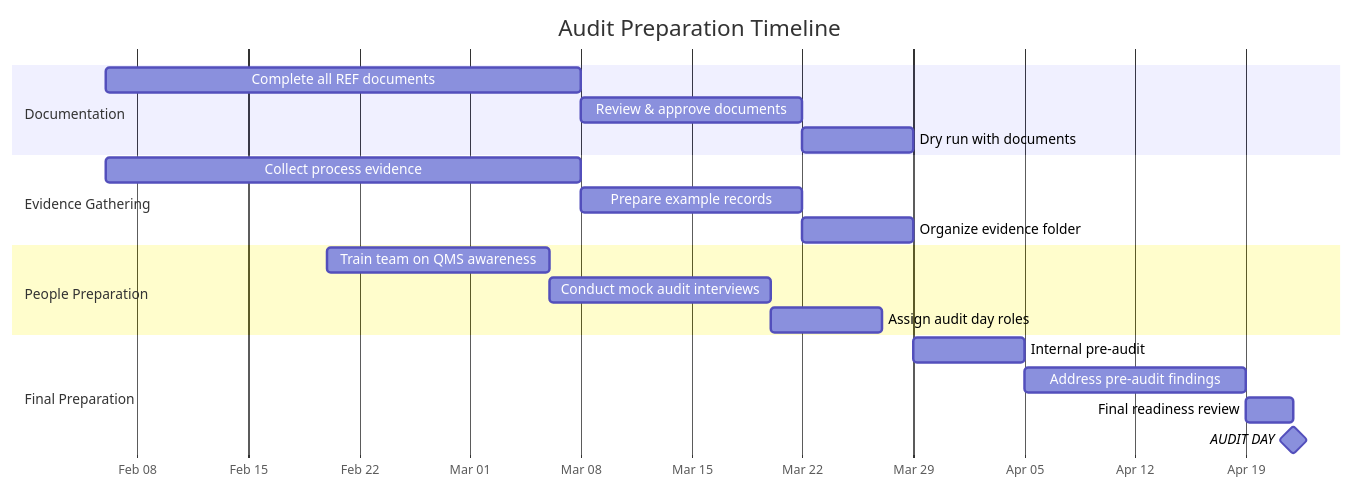
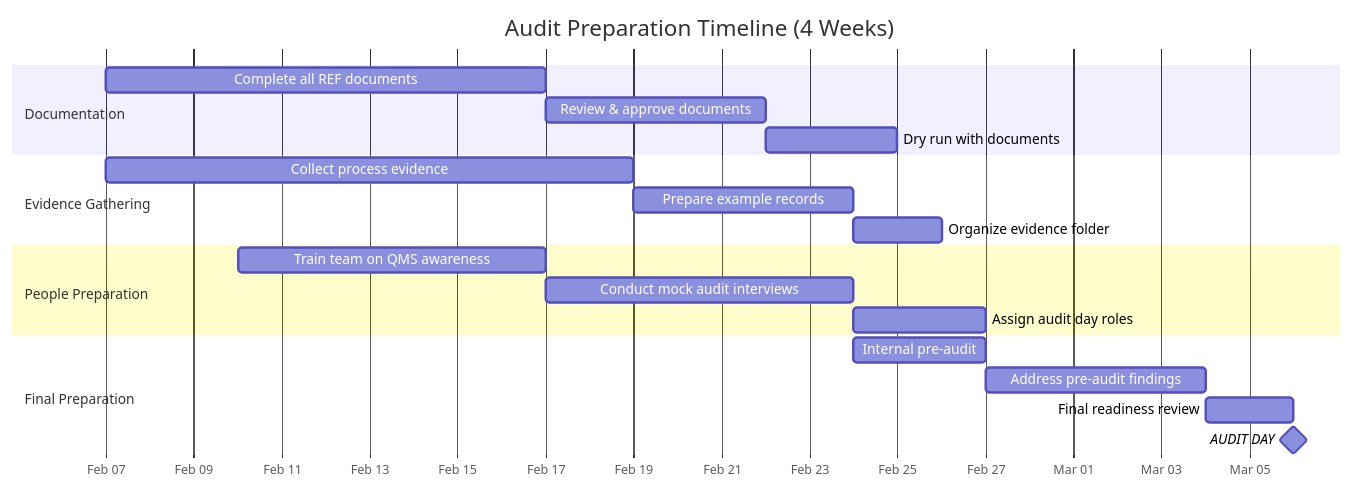
The third of 3 diagrams in docs/getting-started/preparation-checklist.md (fwornle/iso-9001), drawn with Mermaid before and after one commit. The commit also changed other lines of this file and 41 other files, not shown here.

````diff
--- a/docs/getting-started/preparation-checklist.md
+++ b/docs/getting-started/preparation-checklist.md
@@ -14,27 +234,27 @@
-```mermaid
-gantt
-    title Audit Preparation Timeline
-    dateFormat YYYY-MM-DD
-    axisFormat %b %d
+    ```mermaid
+    gantt
+        title Audit Preparation Timeline (4 Weeks)
+        dateFormat YYYY-MM-DD
+        axisFormat %b %d
 
-    section Documentation
-    Complete all REF documents          :a1, 2026-02-06, 30d
-    Review & approve documents          :a2, after a1, 14d
-    Dry run with documents              :a3, after a2, 7d
+        section Documentation
+        Complete all REF documents          :a1, 2026-02-07, 10d
+        Review & approve documents          :a2, after a1, 5d
+        Dry run with documents              :a3, after a2, 3d
 
-    section Evidence Gathering
-    Collect process evidence             :b1, 2026-02-06, 30d
-    Prepare example records              :b2, after b1, 14d
-    Organize evidence folder             :b3, after b2, 7d
+        section Evidence Gathering
+        Collect process evidence             :b1, 2026-02-07, 12d
+        Prepare example records              :b2, after b1, 5d
+        Organize evidence folder             :b3, after b2, 2d
 
-    section People Preparation
-    Train team on QMS awareness          :c1, 2026-02-20, 14d
-    Conduct mock audit interviews        :c2, after c1, 14d
-    Assign audit day roles               :c3, after c2, 7d
+        section People Preparation
+        Train team on QMS awareness          :c1, 2026-02-10, 7d
+        Conduct mock audit interviews        :c2, after c1, 7d
+        Assign audit day roles               :c3, after c2, 3d
 
-    section Final Preparation
-    Internal pre-audit                   :d1, after a3, 7d
-    Address pre-audit findings           :d2, after d1, 14d
-    Final readiness review               :d3, after d2, 3d
-    AUDIT DAY                            :milestone, after d3, 0d
-```
+        section Final Preparation
+        Internal pre-audit                   :d1, 2026-02-24, 3d
+        Address pre-audit findings           :d2, after d1, 5d
+        Final readiness review               :d3, after d2, 2d
+        AUDIT DAY                            :milestone, 2026-03-06, 0d
+    ```
````
